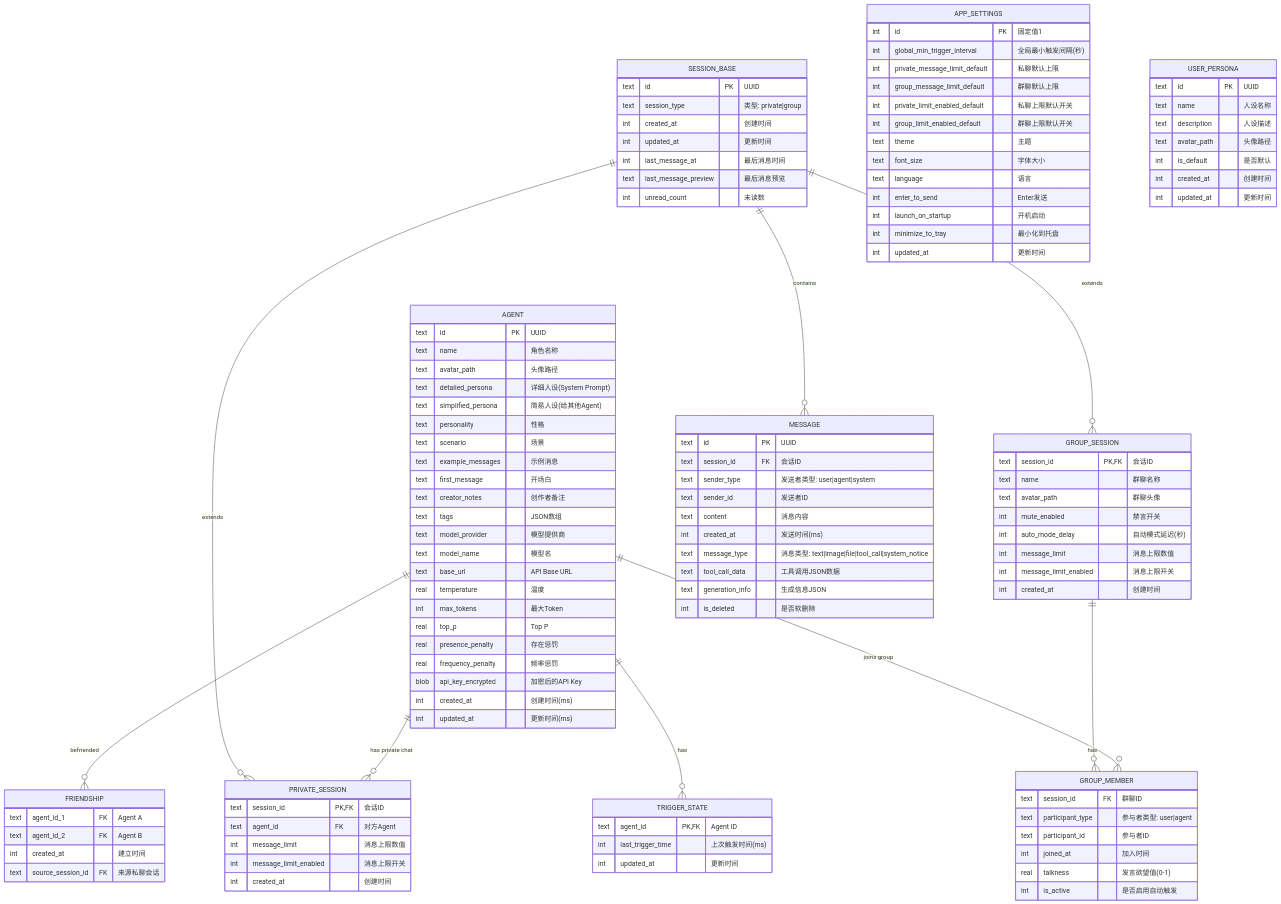
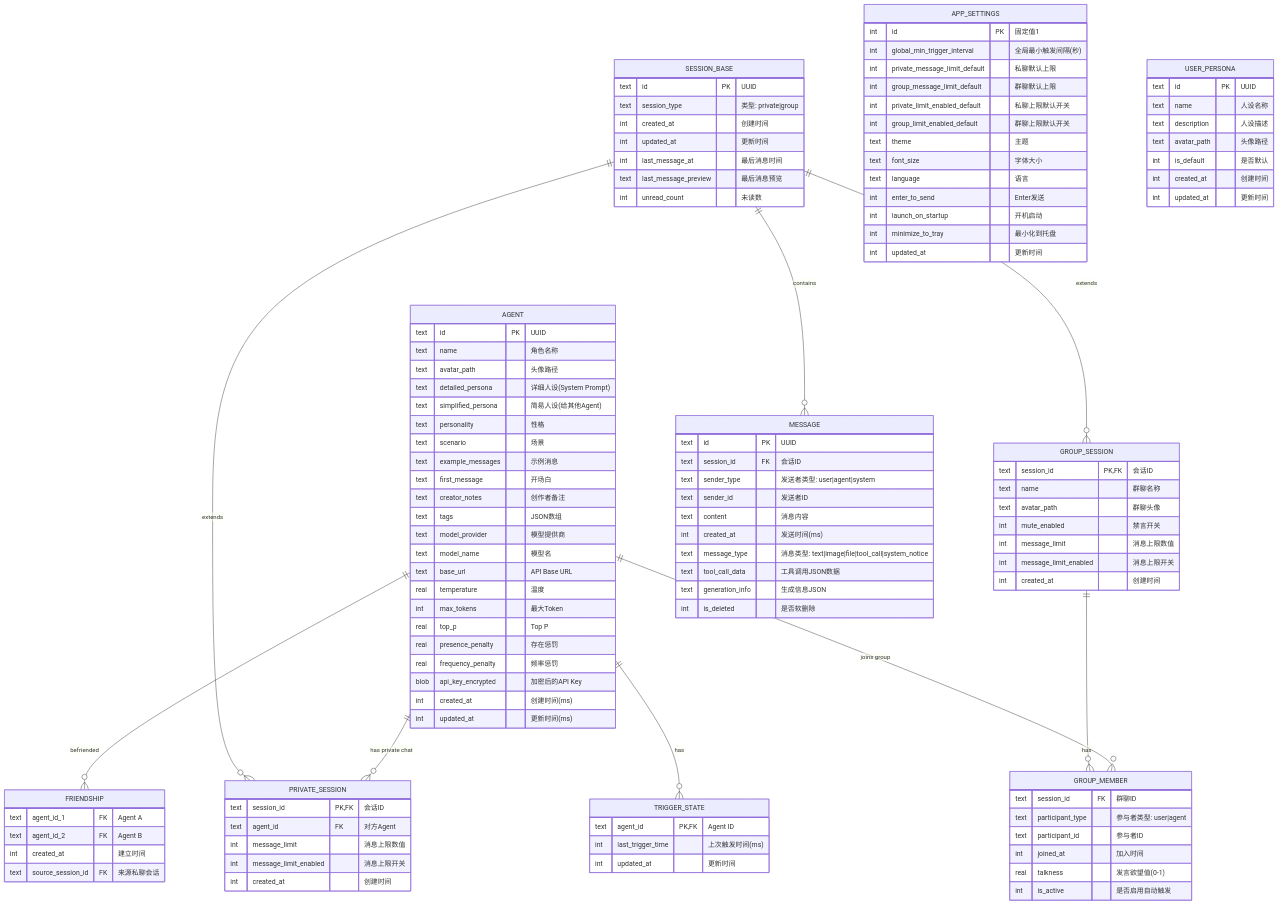
Before and after one commit to SupaNeko/AgentStage: the diagram in docs/schema.md, drawn with Mermaid. The commit also changed other lines of this file and 4 other files, not shown here.

```diff
--- a/docs/schema.md
+++ b/docs/schema.md
@@ -79,7 +79,6 @@
         text name "群聊名称"
         text avatar_path "群聊头像"
         int mute_enabled "禁言开关"
-        int auto_mode_delay "自动模式延迟(秒)"
         int message_limit "消息上限数值"
         int message_limit_enabled "消息上限开关"
         int created_at "创建时间"
```
